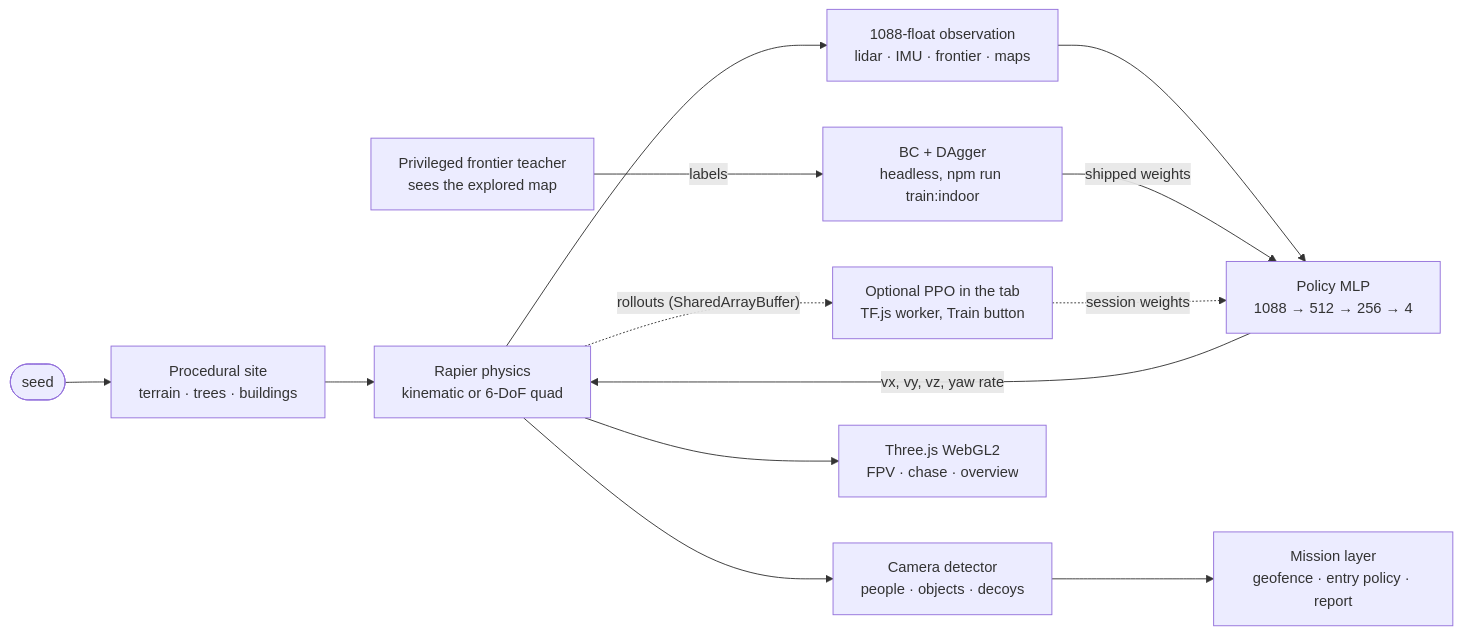
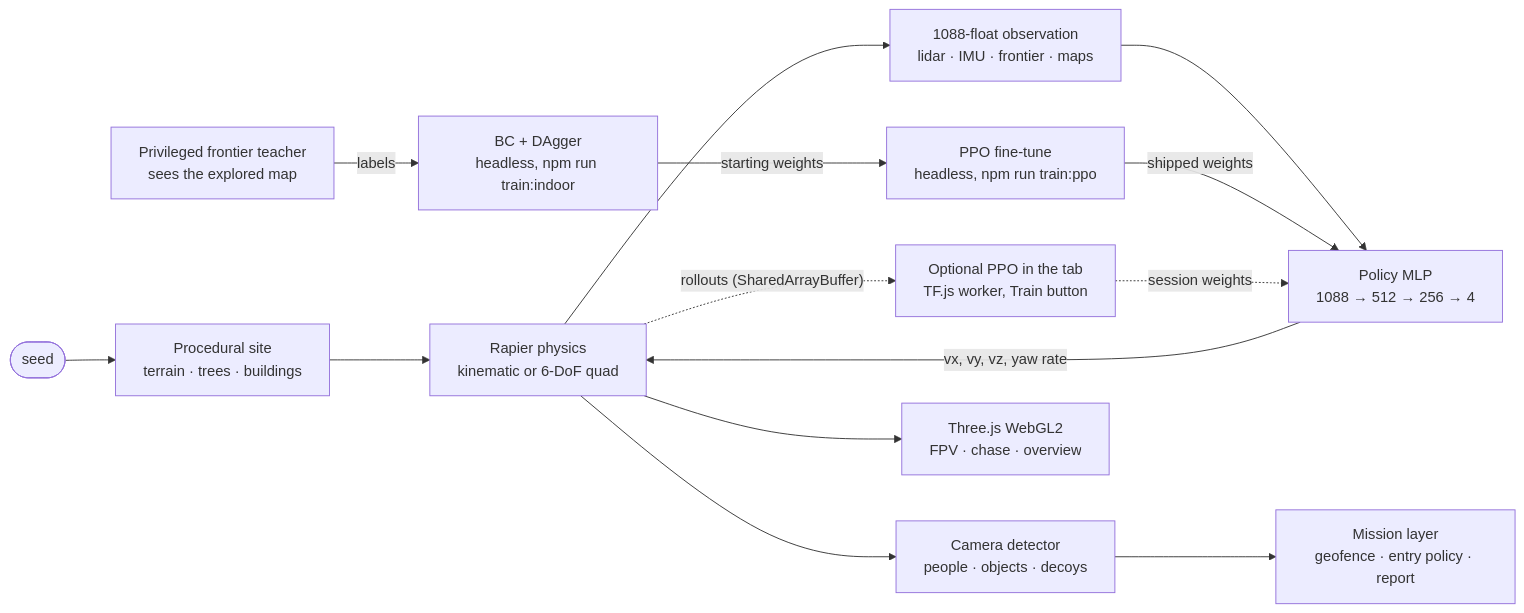
One commit to alexnieves-cs/frontier-fly changed the diagram in README.md. Above: the diagram before and after it, drawn with Mermaid. The commit also changed other lines of this file and 2 other files, not shown here.

First line of the commit message:
Docs: current roadmap, scripts, training diagram, seeds and reproduce lines

````diff
--- a/README.md
+++ b/README.md
@@ -116,15 +116,16 @@
 ```mermaid
 flowchart LR
   Seed(["seed"]) --> Gen["Procedural site<br/>terrain · trees · buildings"]
   Gen --> Sim["Rapier physics<br/>kinematic or 6-DoF quad"]
   Sim --> Obs["1088-float observation<br/>lidar · IMU · frontier · maps"]
   Obs --> Pol["Policy MLP<br/>1088 → 512 → 256 → 4"]
   Pol -- "vx, vy, vz, yaw rate" --> Sim
   Teacher["Privileged frontier teacher<br/>sees the explored map"] -- "labels" --> IL["BC + DAgger<br/>headless, npm run train:indoor"]
-  IL -- "shipped weights" --> Pol
+  IL -- "starting weights" --> FT["PPO fine-tune<br/>headless, npm run train:ppo"]
+  FT -- "shipped weights" --> Pol
   Sim -. "rollouts (SharedArrayBuffer)" .-> PPO["Optional PPO in the tab<br/>TF.js worker, Train button"]
   PPO -. "session weights" .-> Pol
   Sim --> Det["Camera detector<br/>people · objects · decoys"]
   Det --> Mission["Mission layer<br/>geofence · entry policy · report"]
   Sim --> View["Three.js WebGL2<br/>FPV · chase · overview"]
 ```
````
